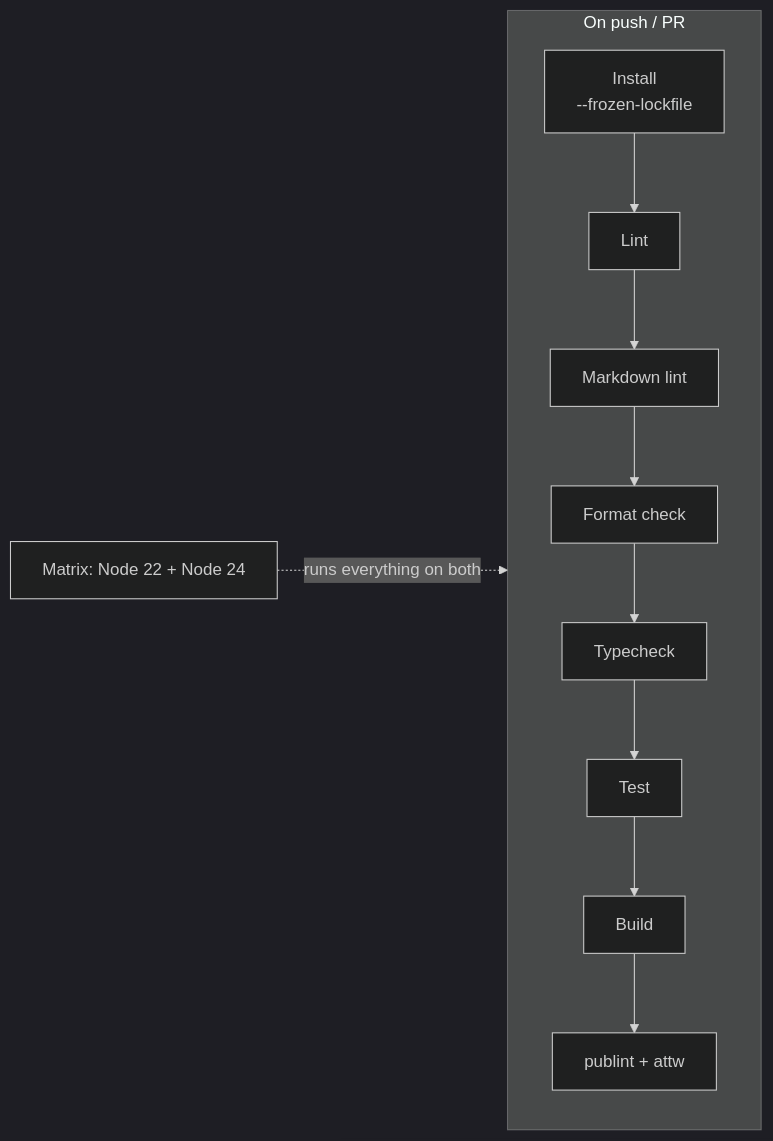
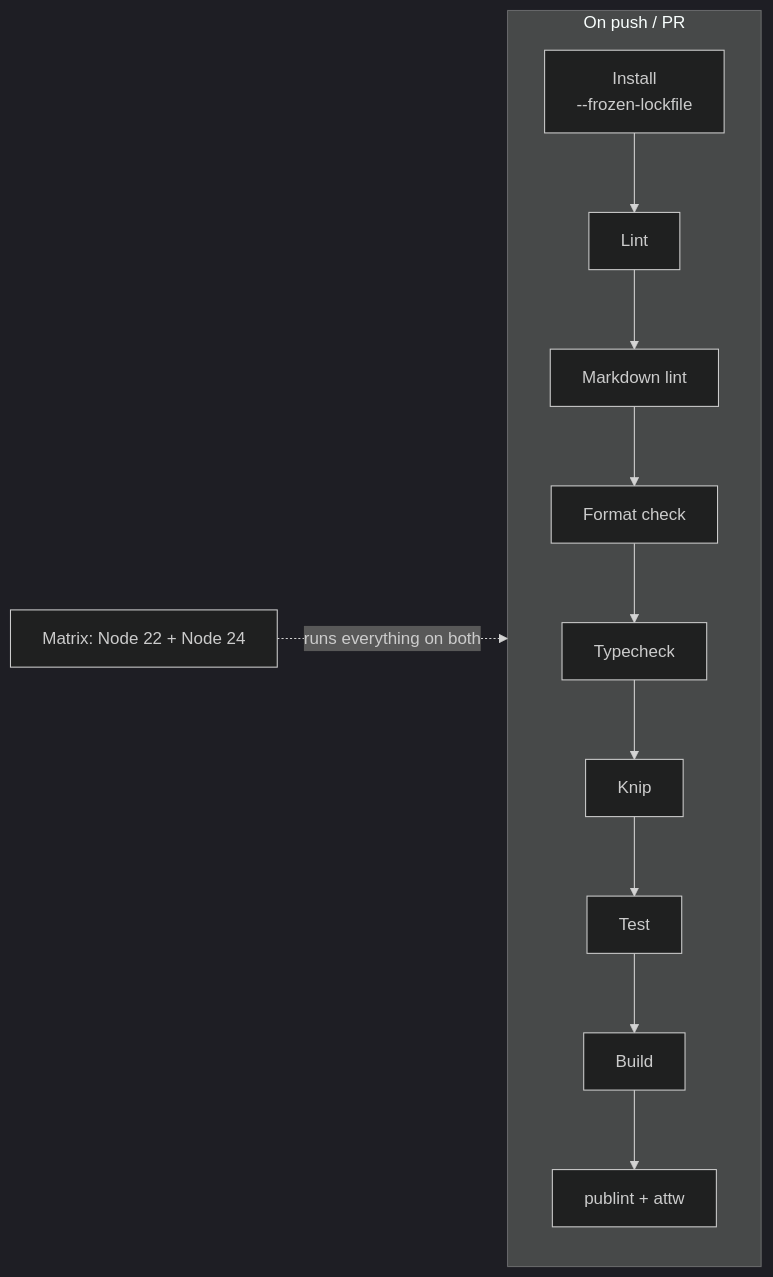
The third of 4 diagrams in docs/PROJECT_GUIDE.md (rlopc/typescript_library_seed), drawn with Mermaid (dark theme) before and after one commit. The commit also changed other lines of this file and 13 other files, not shown here.

````diff
--- a/docs/PROJECT_GUIDE.md
+++ b/docs/PROJECT_GUIDE.md
@@ -588,14 +605,15 @@
 ```mermaid
 flowchart LR
     subgraph "On push / PR"
     direction TB
     I[Install<br/>--frozen-lockfile] --> L[Lint]
     L --> MD[Markdown lint]
     MD --> F[Format check]
     F --> T[Typecheck]
-    T --> U[Test]
+    T --> K[Knip]
+    K --> U[Test]
     U --> B[Build]
     B --> P[publint + attw]
     end
     M[Matrix: Node 22 + Node 24] -.runs everything on both.-> I
 ```
````
